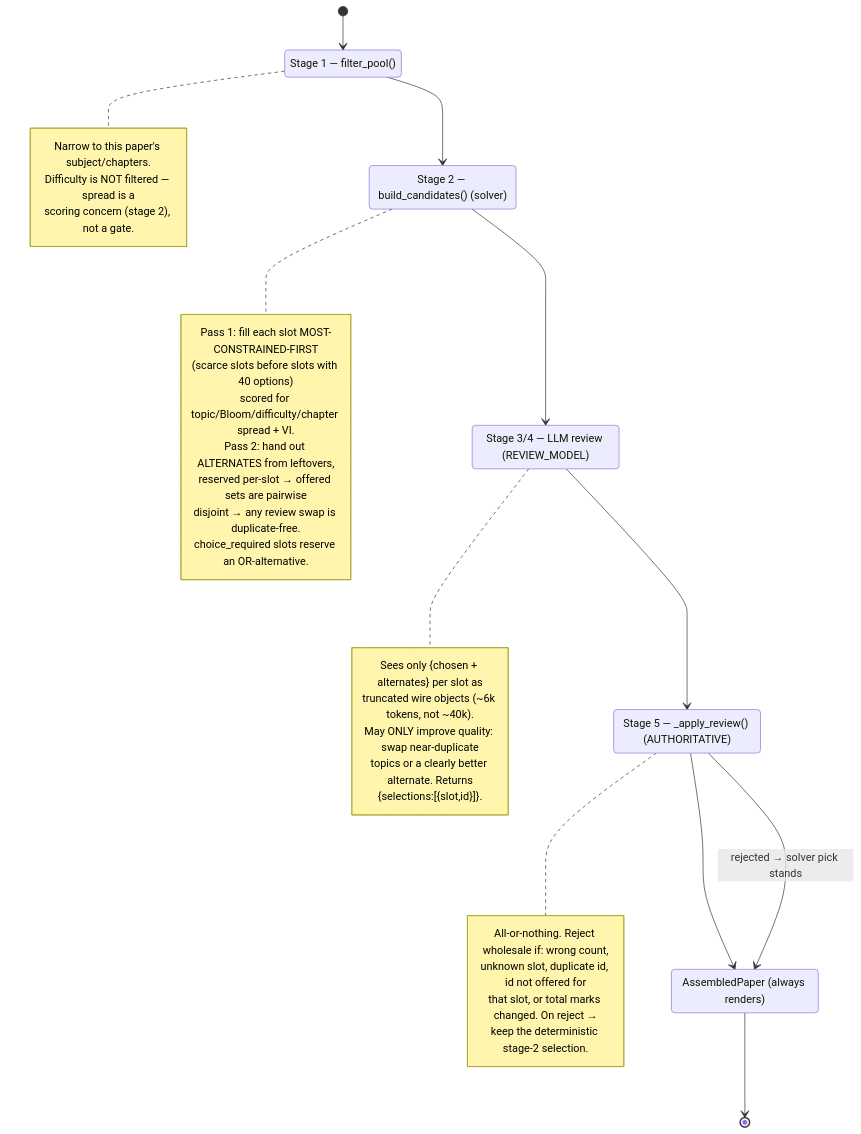
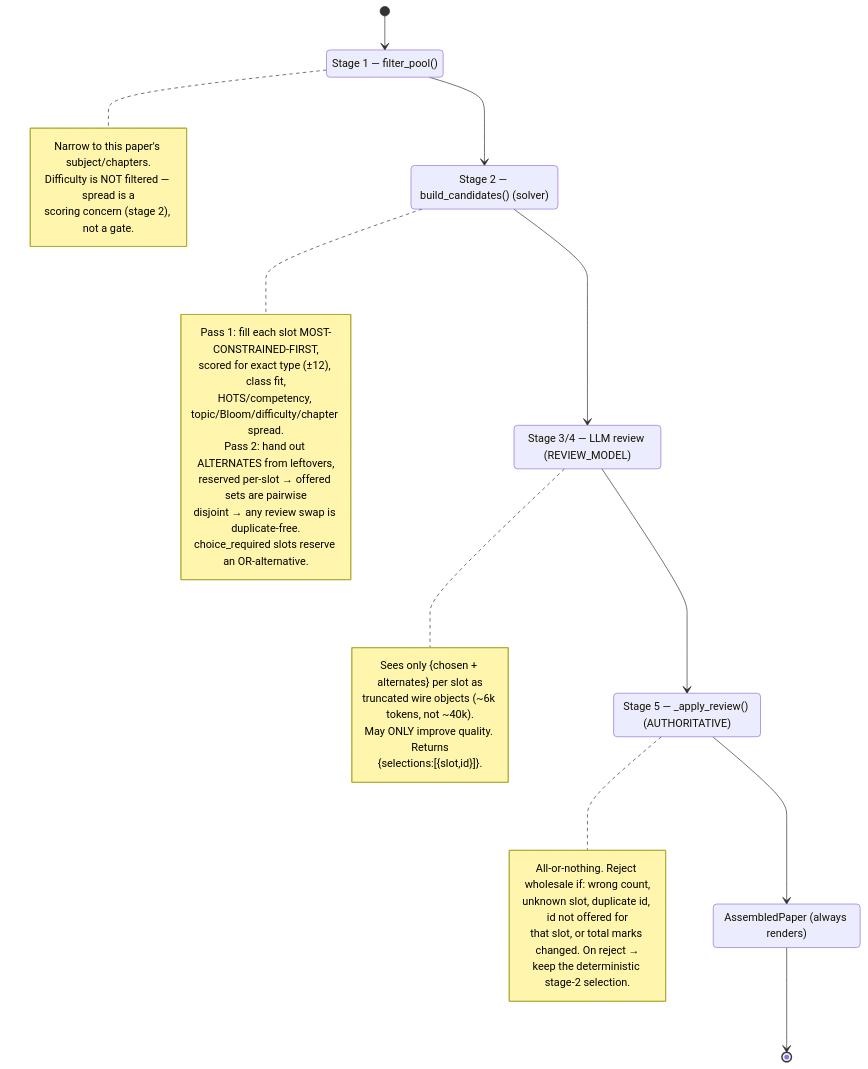
One commit to Paardhu22/qp-gen changed diagram 12 of 16 in README.md. Above: the diagram before and after it, drawn with Mermaid. The commit also changed other lines of this file, not shown here.

````diff
--- a/README.md
+++ b/README.md
@@ -802,45 +1079,43 @@
 ```mermaid
 stateDiagram-v2
     [*] --> Filter
     Filter: Stage 1 — filter_pool()
     note right of Filter
       Narrow to this paper's subject/chapters.
       Difficulty is NOT filtered — spread is a
       scoring concern (stage 2), not a gate.
     end note
     Filter --> Candidates
 
     Candidates: Stage 2 — build_candidates() (solver)
     note right of Candidates
-      Pass 1: fill each slot MOST-CONSTRAINED-FIRST
-        (scarce slots before slots with 40 options)
-        scored for topic/Bloom/difficulty/chapter spread + VI.
+      Pass 1: fill each slot MOST-CONSTRAINED-FIRST,
+        scored for exact type (±12), class fit,
+        HOTS/competency, topic/Bloom/difficulty/chapter spread.
       Pass 2: hand out ALTERNATES from leftovers,
         reserved per-slot → offered sets are pairwise
         disjoint → any review swap is duplicate-free.
         choice_required slots reserve an OR-alternative.
     end note
     Candidates --> Review
 
     Review: Stage 3/4 — LLM review (REVIEW_MODEL)
     note right of Review
       Sees only {chosen + alternates} per slot as
       truncated wire objects (~6k tokens, not ~40k).
-      May ONLY improve quality: swap near-duplicate
-      topics or a clearly better alternate. Returns
+      May ONLY improve quality. Returns
       {selections:[{slot,id}]}.
     end note
     Review --> Validate
 
     Validate: Stage 5 — _apply_review() (AUTHORITATIVE)
     note right of Validate
       All-or-nothing. Reject wholesale if: wrong count,
       unknown slot, duplicate id, id not offered for
       that slot, or total marks changed. On reject →
       keep the deterministic stage-2 selection.
     end note
     Validate --> Assembled
-    Validate --> Assembled: rejected → solver pick stands
     Assembled: AssembledPaper (always renders)
     Assembled --> [*]
 ```
````
